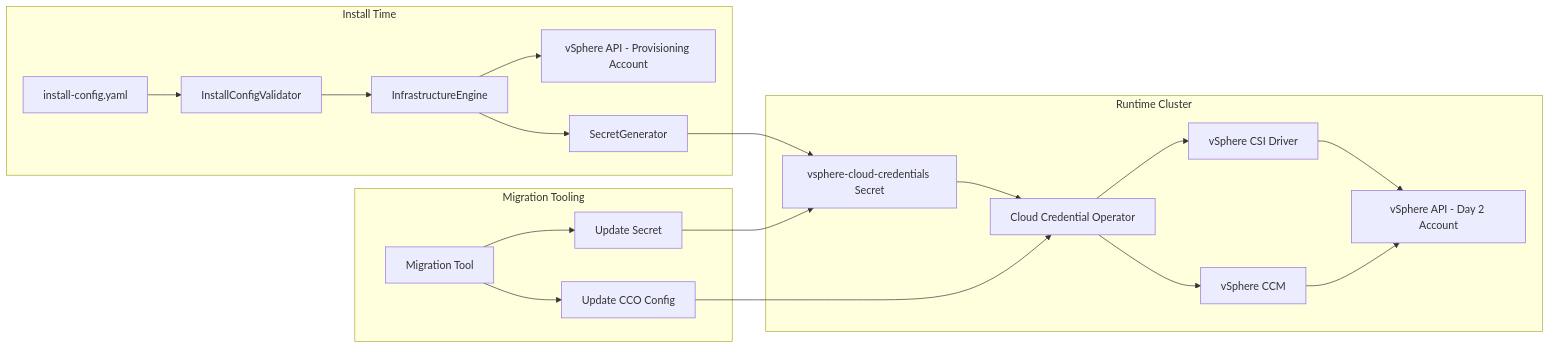
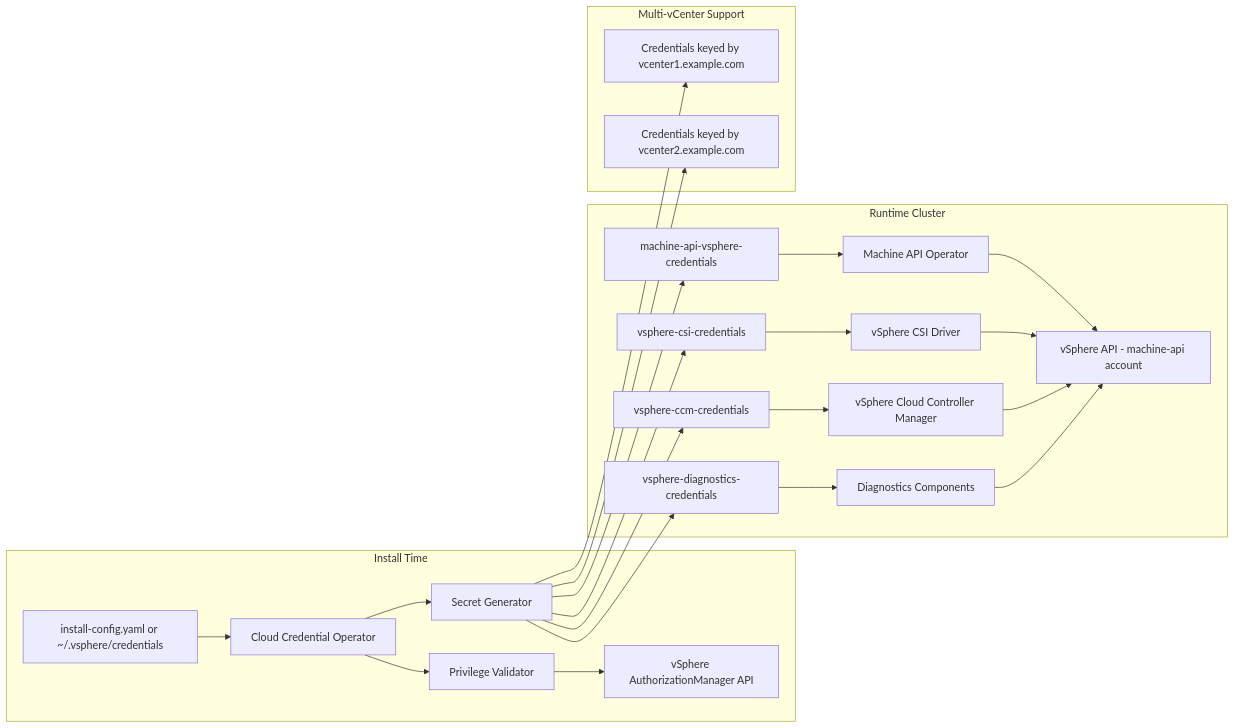
One commit to openshift-splat-team/splat-team changed the second of 2 diagrams in projects/splat-team/knowledge/designs/epic-2.md. Above: the diagram before and after it, drawn with Mermaid. The commit also changed other lines of this file, not shown here.

First line of the commit message:
Revise design for epic-2: align with per-component credential architecture

````diff
--- a/projects/splat-team/knowledge/designs/epic-2.md
+++ b/projects/splat-team/knowledge/designs/epic-2.md
@@ -47,25 +50,31 @@
 ```mermaid
 graph LR
     subgraph "Install Time"
-        IC[install-config.yaml] --> IV[InstallConfigValidator]
-        IV --> IE[InfrastructureEngine]
-        IE --> VS[vSphere API - Provisioning Account]
-        IE --> SG[SecretGenerator]
+        IC[install-config.yaml or ~/.vsphere/credentials] --> CCO[Cloud Credential Operator]
+        CCO --> PV[Privilege Validator]
+        PV --> VS[vSphere AuthorizationManager API]
+        CCO --> SG[Secret Generator]
     end
     
     subgraph "Runtime Cluster"
-        SG --> SEC[vsphere-cloud-credentials Secret]
-        SEC --> CCO[Cloud Credential Operator]
-        CCO --> CSI[vSphere CSI Driver]
-        CCO --> CCM[vSphere CCM]
-        CSI --> VSR[vSphere API - Day 2 Account]
-        CCM --> VSR
+        SG --> MA_SEC[machine-api-vsphere-credentials]
+        SG --> CSI_SEC[vsphere-csi-credentials]
+        SG --> CCM_SEC[vsphere-ccm-credentials]
+        SG --> DIAG_SEC[vsphere-diagnostics-credentials]
+        
+        MA_SEC --> MA[Machine API Operator]
+        CSI_SEC --> CSI[vSphere CSI Driver]
+        CCM_SEC --> CCM[vSphere Cloud Controller Manager]
+        DIAG_SEC --> DIAG[Diagnostics Components]
+        
+        MA --> VSA[vSphere API - machine-api account]
+        CSI --> VSA
+        CCM --> VSA
+        DIAG --> VSA
     end
     
-    subgraph "Migration Tooling"
-        MT[Migration Tool] --> USEC[Update Secret]
-        MT --> UCCO[Update CCO Config]
-        USEC --> SEC
-        UCCO --> CCO
+    subgraph "Multi-vCenter Support"
+        SG --> VC1[Credentials keyed by vcenter1.example.com]
+        SG --> VC2[Credentials keyed by vcenter2.example.com]
     end
 ```
````
